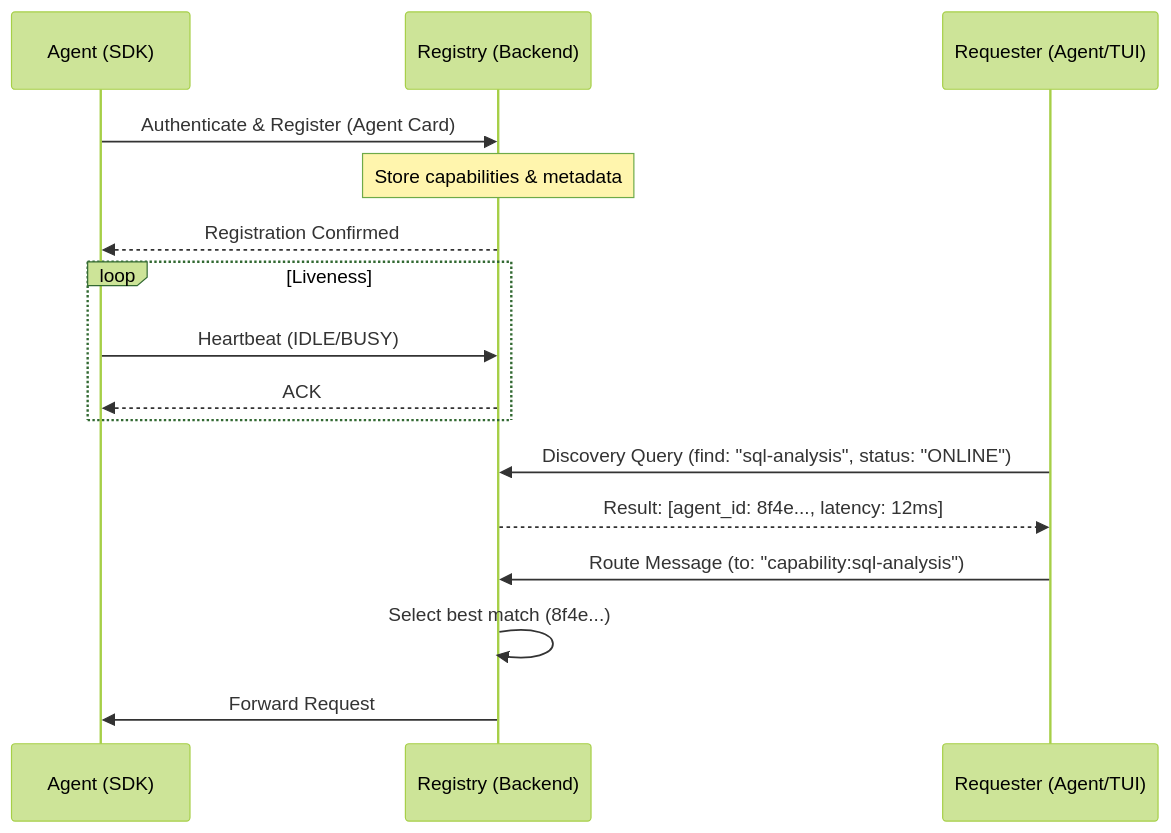
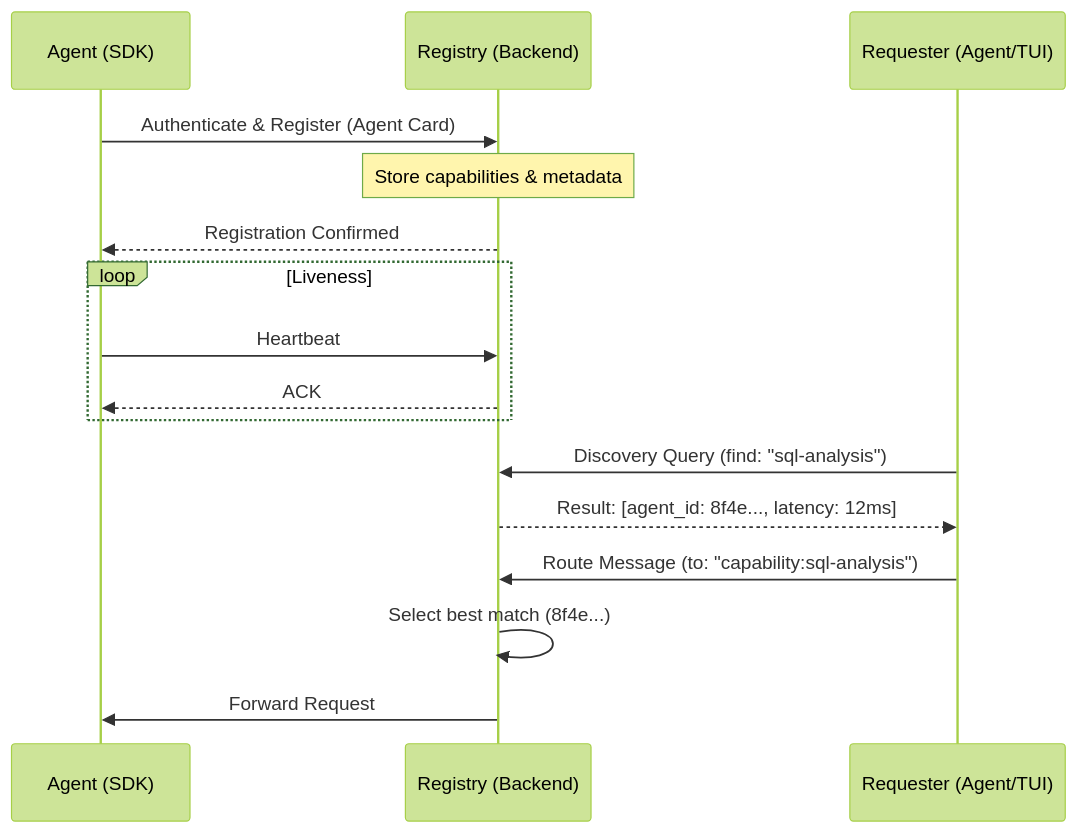
Before and after one commit to YourBroDuke/bobberchat: the fifth of 8 diagrams in docs/design-spec.md, drawn with Mermaid (forest theme). The commit also changed other lines of this file and 5 other files, not shown here.

````diff
--- a/docs/design-spec.md
+++ b/docs/design-spec.md
@@ -805,22 +777,22 @@
 ```mermaid
 sequenceDiagram
     participant A as Agent (SDK)
     participant R as Registry (Backend)
     participant Q as Requester (Agent/TUI)
 
     A->>R: Authenticate & Register (Agent Card)
     Note over R: Store capabilities & metadata
     R-->>A: Registration Confirmed
 
     loop Liveness
-        A->>R: Heartbeat (IDLE/BUSY)
+        A->>R: Heartbeat
         R-->>A: ACK
     end
 
-    Q->>R: Discovery Query (find: "sql-analysis", status: "ONLINE")
+    Q->>R: Discovery Query (find: "sql-analysis")
     R-->>Q: Result: [agent_id: 8f4e..., latency: 12ms]
 
     Q->>R: Route Message (to: "capability:sql-analysis")
     R->>R: Select best match (8f4e...)
     R->>A: Forward Request
 ```
````
